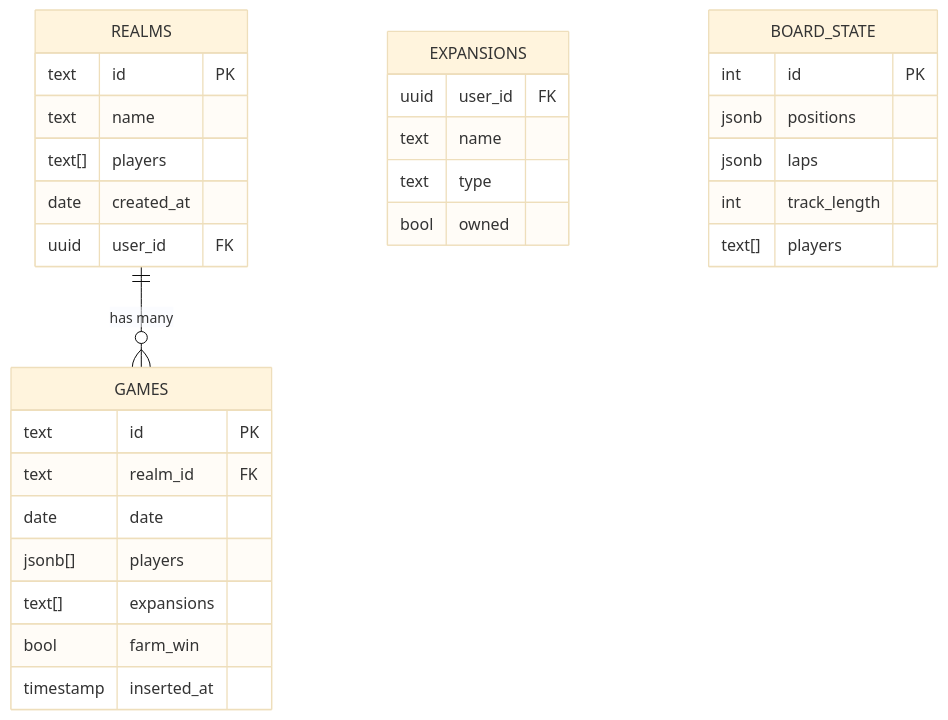
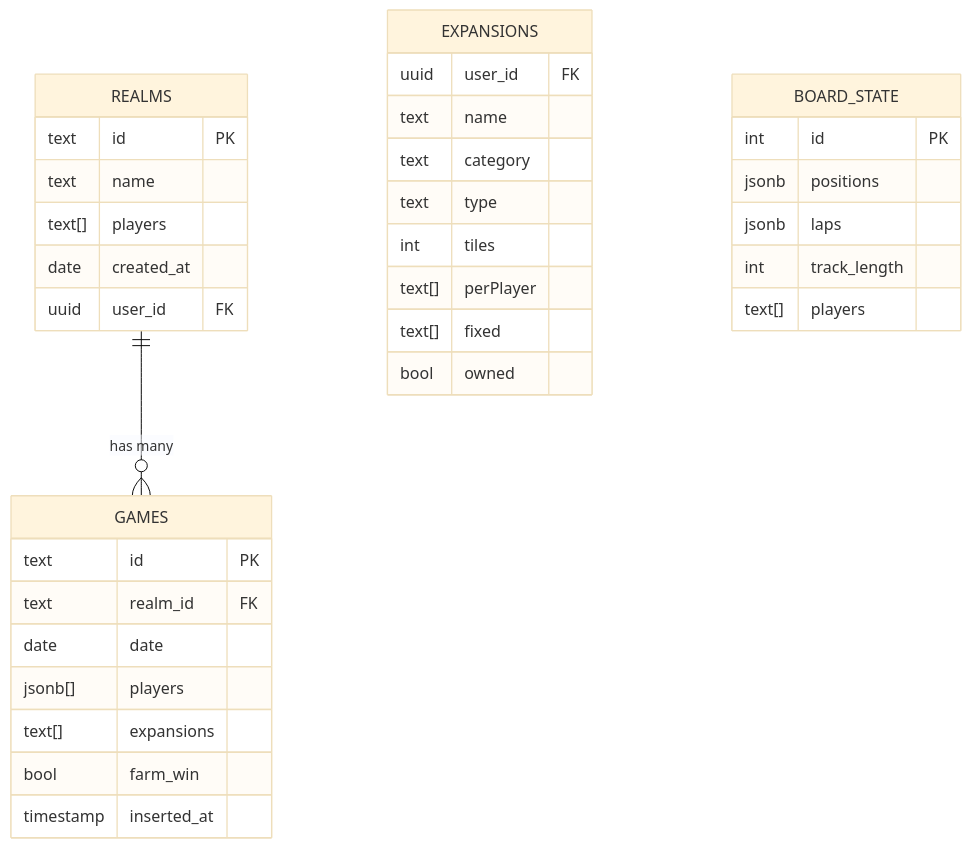
One commit to poojanp00/carcasonne-tracker changed the second of 4 diagrams in README.md. Above: the diagram before and after it, drawn with Mermaid (base theme). The commit also changed other lines of this file and 2 other files, not shown here.

````diff
--- a/README.md
+++ b/README.md
@@ -88,37 +88,41 @@
 ```mermaid
 erDiagram
     REALMS {
         text id PK
         text name
         text[] players
         date created_at
         uuid user_id FK
     }
 
     GAMES {
         text id PK
         text realm_id FK
         date date
         jsonb[] players
         text[] expansions
         bool farm_win
         timestamp inserted_at
     }
 
     EXPANSIONS {
         uuid user_id FK
         text name
+        text category
         text type
+        int tiles
+        text[] perPlayer
+        text[] fixed
         bool owned
     }
 
     BOARD_STATE {
         int id PK
         jsonb positions
         jsonb laps
         int track_length
         text[] players
     }
 
     REALMS ||--o{ GAMES : "has many"
 ```
````
